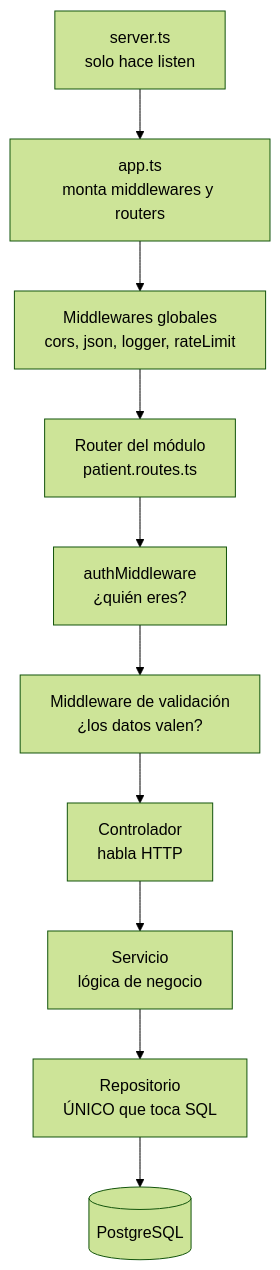
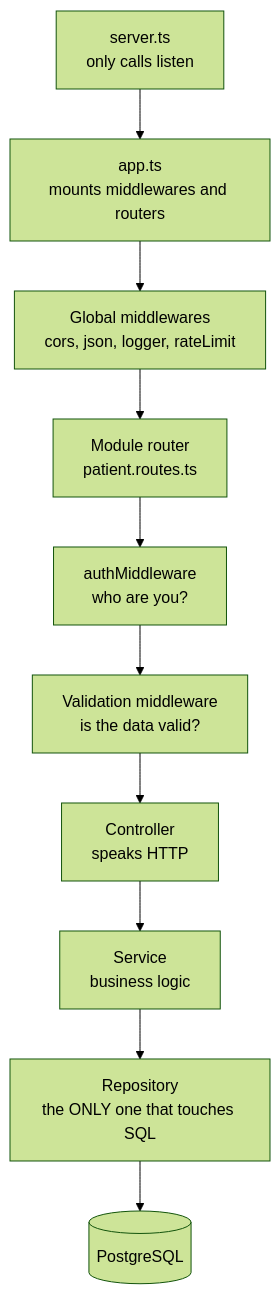
The first of 3 diagrams in docs/arquitectura.md (arturooreaf/clinica-api), drawn with Mermaid (forest theme) before and after one commit. The commit also changed other lines of this file and 4 other files, not shown here.

First line of the commit message:
docs: write the architecture and reference guides in English

````diff
--- a/docs/arquitectura.md
+++ b/docs/arquitectura.md
@@ -38,12 +38,12 @@
 ```mermaid
 graph TD
-    A["server.ts<br/>solo hace listen"] --> B["app.ts<br/>monta middlewares y routers"]
-    B --> C["Middlewares globales<br/>cors, json, logger, rateLimit"]
-    C --> D["Router del módulo<br/>patient.routes.ts"]
-    D --> E["authMiddleware<br/>¿quién eres?"]
-    E --> F["Middleware de validación<br/>¿los datos valen?"]
-    F --> G["Controlador<br/>habla HTTP"]
-    G --> H["Servicio<br/>lógica de negocio"]
-    H --> I["Repositorio<br/>ÚNICO que toca SQL"]
+    A["server.ts<br/>only calls listen"] --> B["app.ts<br/>mounts middlewares and routers"]
+    B --> C["Global middlewares<br/>cors, json, logger, rateLimit"]
+    C --> D["Module router<br/>patient.routes.ts"]
+    D --> E["authMiddleware<br/>who are you?"]
+    E --> F["Validation middleware<br/>is the data valid?"]
+    F --> G["Controller<br/>speaks HTTP"]
+    G --> H["Service<br/>business logic"]
+    H --> I["Repository<br/>the ONLY one that touches SQL"]
     I --> J[("PostgreSQL")]
 ```
````
